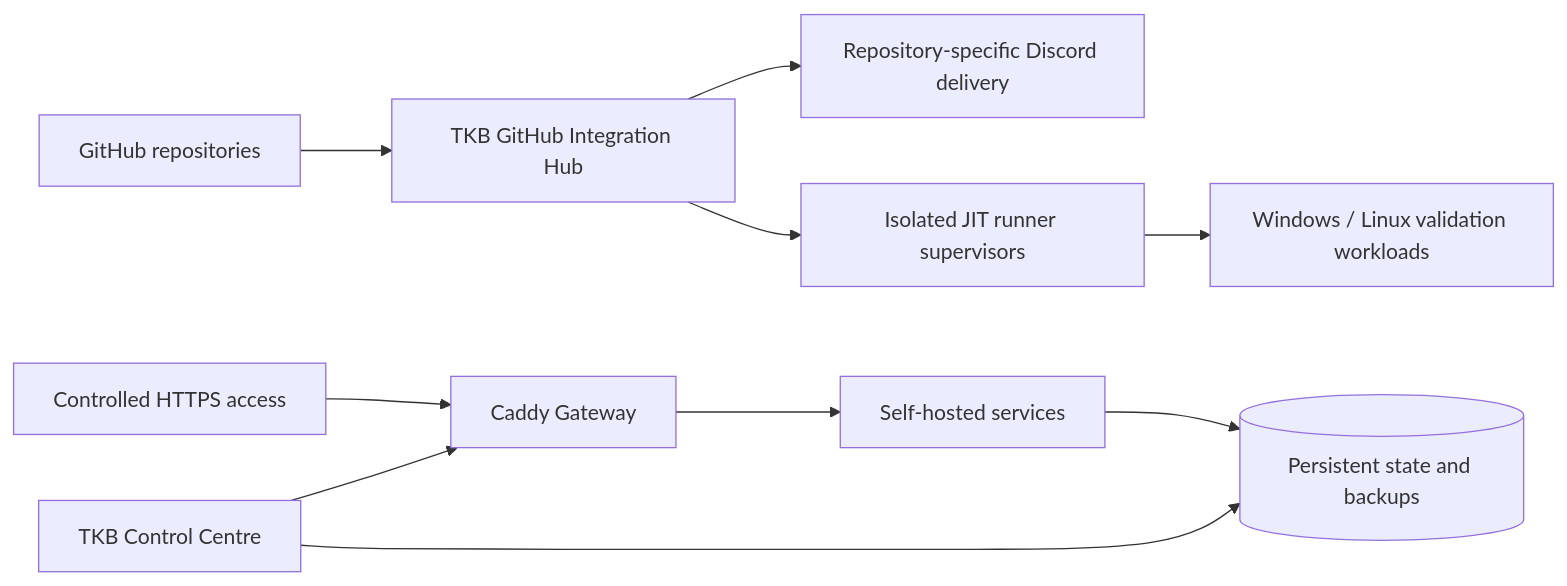
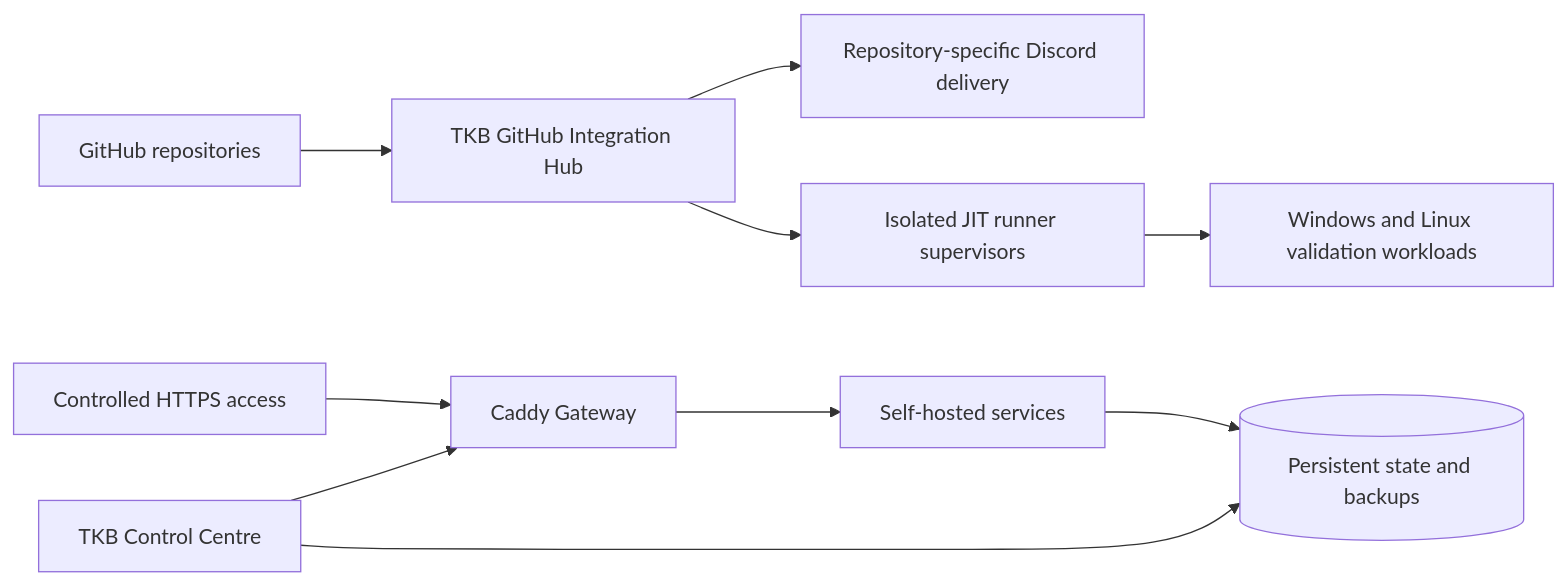
Before and after one commit to Conroy1988/Conroy1988: the diagram in README.md, drawn with Mermaid. The commit also changed other lines of this file, not shown here.

````diff
--- a/README.md
+++ b/README.md
@@ -475,14 +380,14 @@
 ```mermaid
 flowchart LR
-    GitHub["GitHub repositories"] --> Hub["TKB GitHub Integration Hub"]
-    Hub --> Discord["Repository-specific Discord delivery"]
-    Hub --> Runners["Isolated JIT runner supervisors"]
-    Runners --> Validation["Windows / Linux validation workloads"]
+    GitHub[GitHub repositories] --> Hub[TKB GitHub Integration Hub]
+    Hub --> Discord[Repository-specific Discord delivery]
+    Hub --> Runners[Isolated JIT runner supervisors]
+    Runners --> Validation[Windows and Linux validation workloads]
 
-    Internet["Controlled HTTPS access"] --> Caddy["Caddy Gateway"]
-    Caddy --> Services["Self-hosted services"]
-    Services --> Data[("Persistent state and backups")]
+    Internet[Controlled HTTPS access] --> Caddy[Caddy Gateway]
+    Caddy --> Services[Self-hosted services]
+    Services --> Data[(Persistent state and backups)]
 
-    Control["TKB Control Centre"] --> Caddy
+    Control[TKB Control Centre] --> Caddy
     Control --> Data
 ```
````
